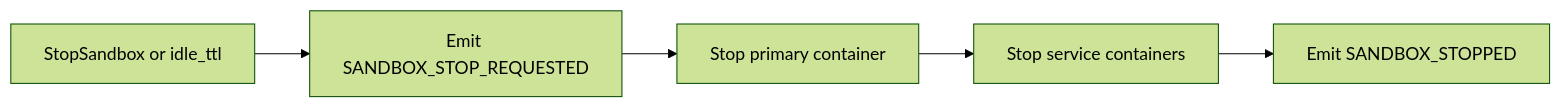
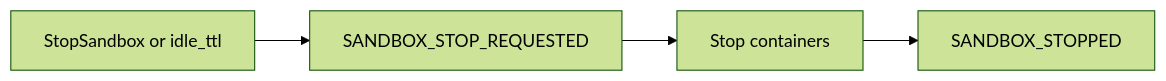
Before and after one commit to 1996fanrui/agents-sandbox: the third of 4 diagrams in docs/sandbox_container_lifecycle.md, drawn with Mermaid (forest theme). The commit also changed other lines of this file and 12 other files, not shown here.

````diff
--- a/docs/sandbox_container_lifecycle.md
+++ b/docs/sandbox_container_lifecycle.md
@@ -141,7 +108,4 @@
 ```mermaid
 flowchart LR
-    A[StopSandbox or idle_ttl] --> B[Emit SANDBOX_STOP_REQUESTED]
-    B --> C[Stop primary container]
-    C --> D[Stop service containers]
-    D --> E[Emit SANDBOX_STOPPED]
+    A[StopSandbox or idle_ttl] --> B[SANDBOX_STOP_REQUESTED] --> C[Stop containers] --> D[SANDBOX_STOPPED]
 ```
````
